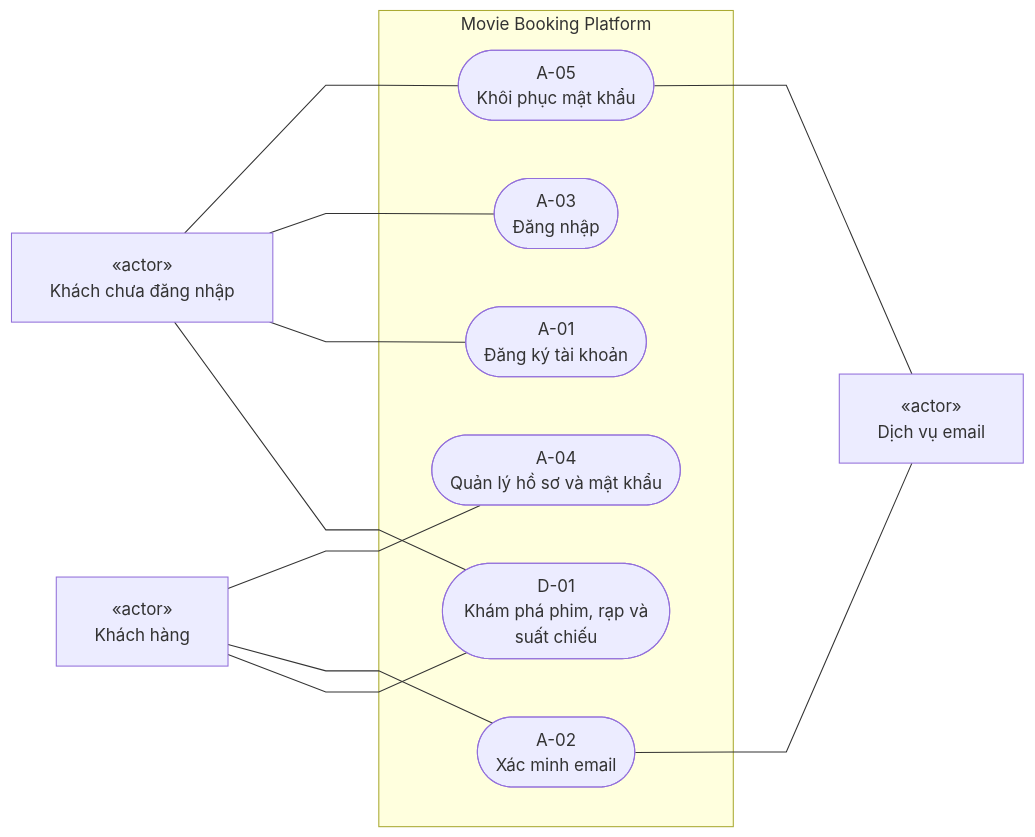
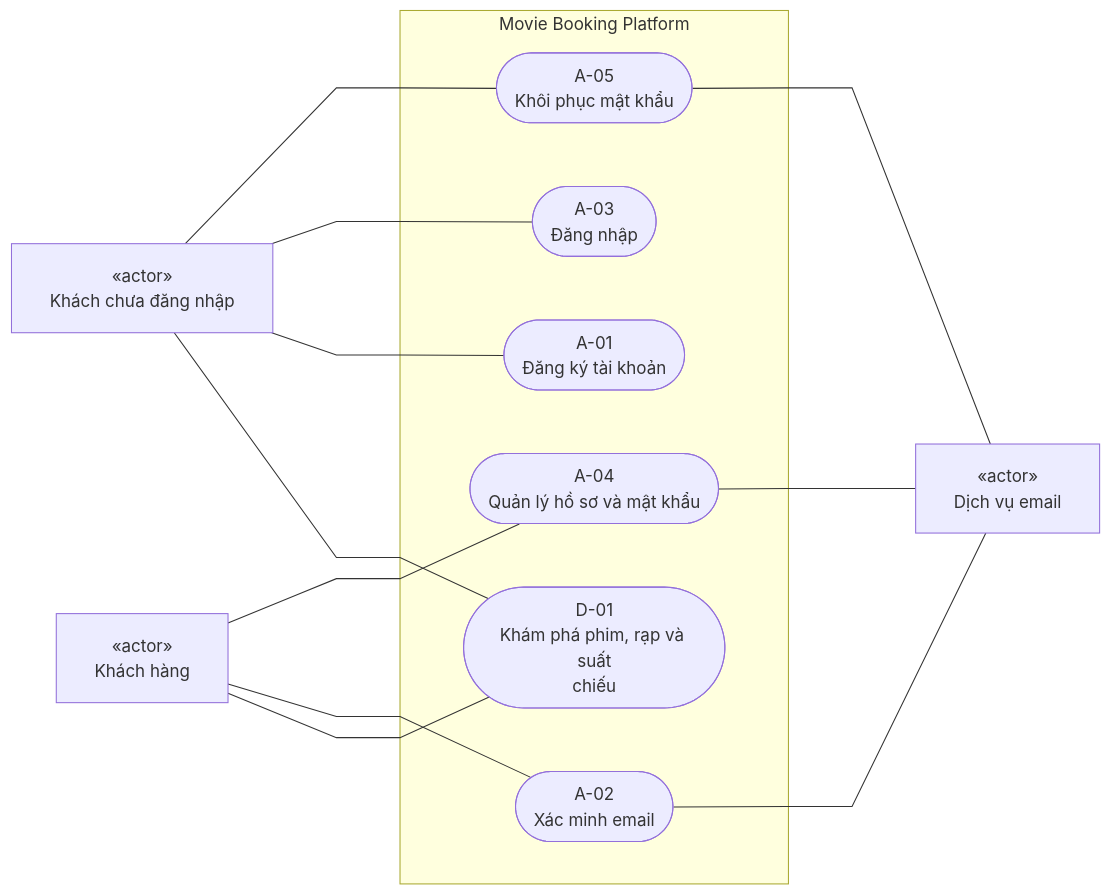
The second of 10 diagrams in docs/03-product/use-cases.md (NhiBuaa/movie-booking-agent), drawn with Mermaid before and after one commit. The commit also changed other lines of this file and 24 other files, not shown here.

Commit message:
docs: synchronize UML use cases and approved business policies

````diff
--- a/docs/03-product/use-cases.md
+++ b/docs/03-product/use-cases.md
@@ -234,26 +265,26 @@
 ```mermaid
-%%{init: {"flowchart":{"nodeSpacing":55,"rankSpacing":100,"curve":"linear","useMaxWidth":false,"padding":18}}}%%
+%%{init: {"flowchart":{"nodeSpacing":60,"rankSpacing":120,"curve":"linear","useMaxWidth":false,"padding":18}}}%%
 flowchart LR
+    %% Mỗi actor có một ID duy nhất; các khung G chỉ gom bố cục.
     guest["«actor»<br/>Khách chưa đăng nhập"]
     customer["«actor»<br/>Khách hàng"]
     mail["«actor»<br/>Dịch vụ email"]
-
     subgraph system["Movie Booking Platform"]
-        D_01(["D-01<br/>Khám phá phim, rạp và<br/>suất chiếu"])
+        D_01(["D-01<br/>Khám phá phim, rạp và suất<br/>chiếu"])
         A_01(["A-01<br/>Đăng ký tài khoản"])
         A_02(["A-02<br/>Xác minh email"])
         A_03(["A-03<br/>Đăng nhập"])
         A_04(["A-04<br/>Quản lý hồ sơ và mật khẩu"])
         A_05(["A-05<br/>Khôi phục mật khẩu"])
     end
-
     guest --- D_01
+    customer --- D_01
     guest --- A_01
+    customer --- A_02
+    A_02 --- mail
     guest --- A_03
+    customer --- A_04
+    A_04 --- mail
     guest --- A_05
-    customer --- D_01
-    customer --- A_02
-    customer --- A_04
-    A_02 --- mail
     A_05 --- mail
 ```
````
